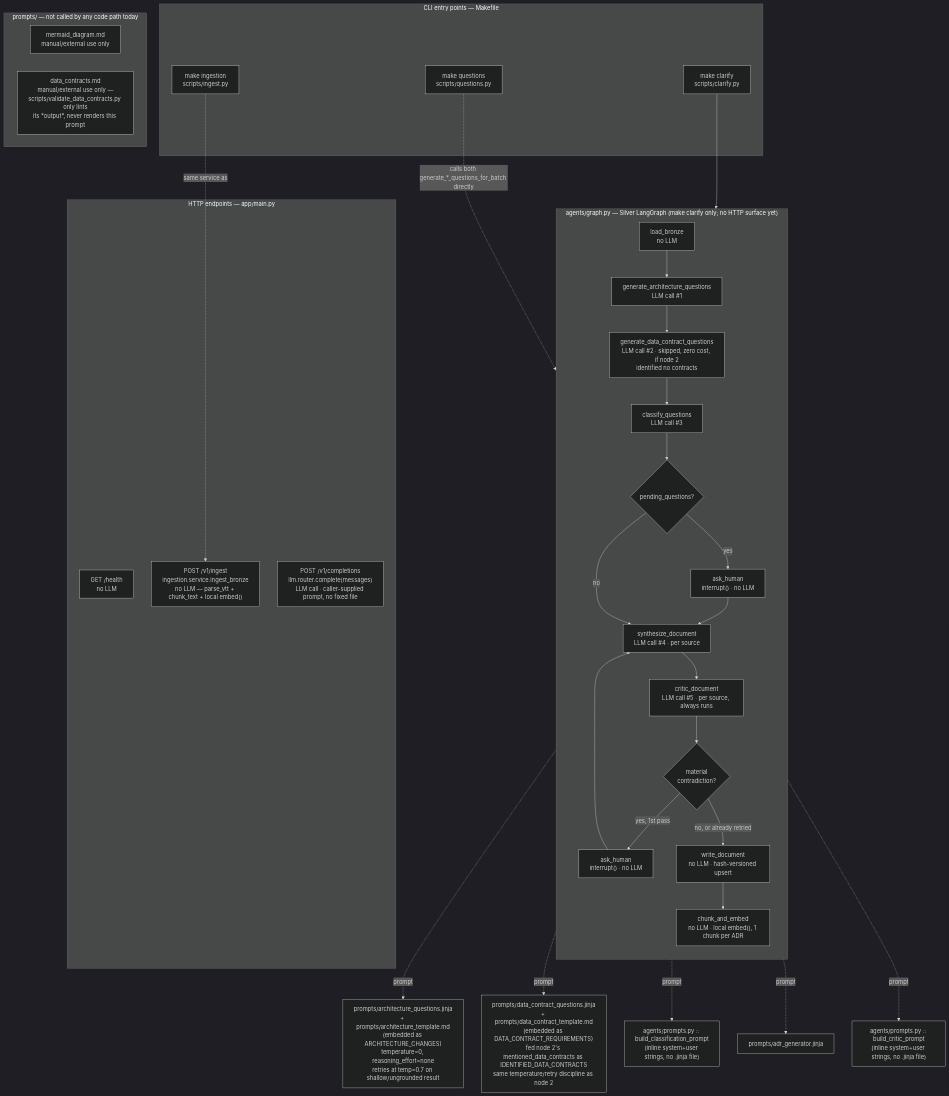
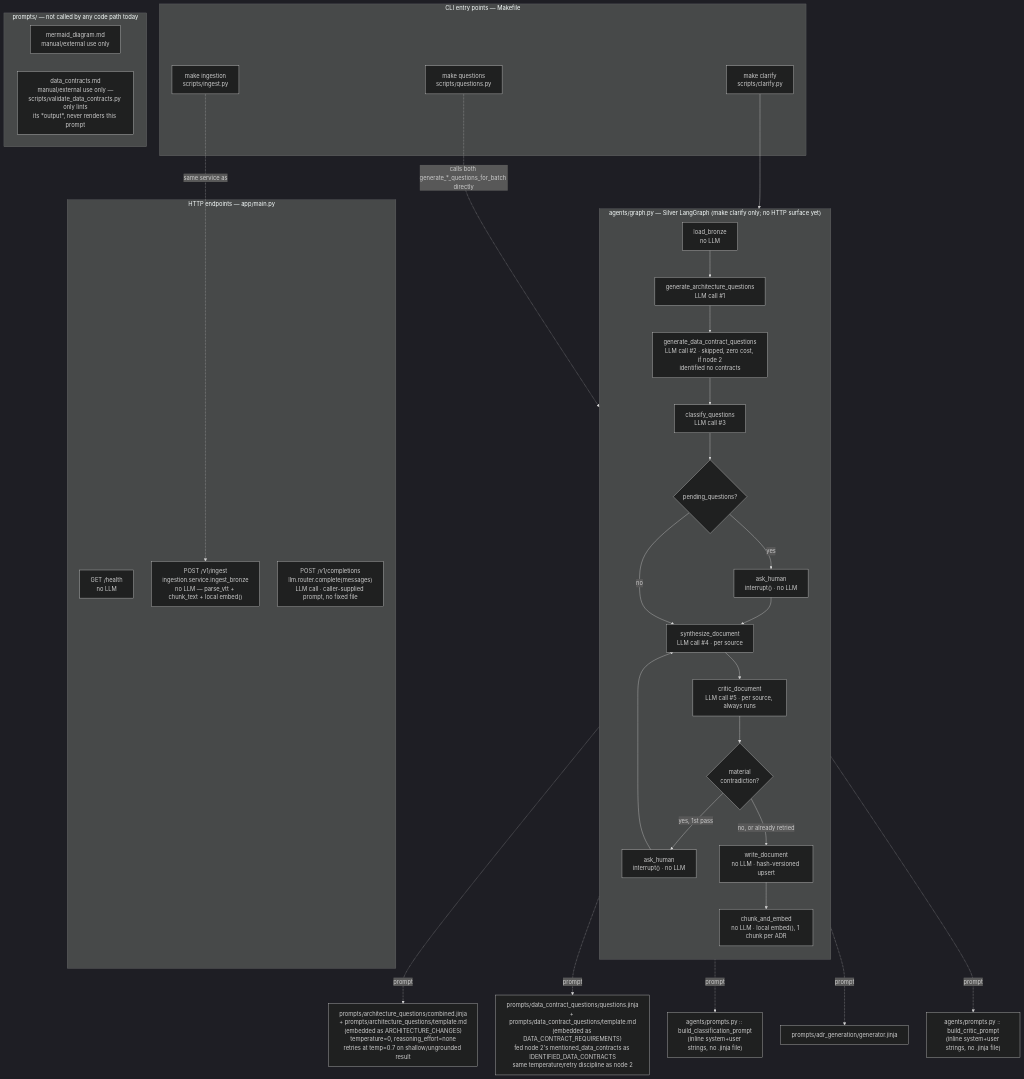
Before and after one commit to gvlpedro/technical_meeting_rag: the diagram in doc/agents_llm_flow.md, drawn with Mermaid (dark theme). The commit also changed 223 other files, not shown here.

````diff
--- a/doc/agents_llm_flow.md
+++ b/doc/agents_llm_flow.md
@@ -7,53 +7,53 @@
 ```mermaid
 flowchart TD
     subgraph EP["HTTP endpoints — app/main.py"]
         H1["GET /health<br/>no LLM"]
         H2["POST /v1/ingest<br/>ingestion.service.ingest_bronze<br/>no LLM — parse_vtt + chunk_text + local embed()"]
         H3["POST /v1/completions<br/>llm.router.complete(messages)<br/>LLM call · caller-supplied prompt, no fixed file"]
     end
 
     subgraph CLI["CLI entry points — Makefile"]
         M1["make ingestion<br/>scripts/ingest.py"]
         M2["make questions<br/>scripts/questions.py"]
         M3["make clarify<br/>scripts/clarify.py"]
     end
 
     M1 -. same service as .-> H2
 
     subgraph GRAPH["agents/graph.py — Silver LangGraph (make clarify only; no HTTP surface yet)"]
         direction TB
         N1["load_bronze<br/>no LLM"]
         N2["generate_architecture_questions<br/>LLM call #1"]
         N2b["generate_data_contract_questions<br/>LLM call #2 · skipped, zero cost, if node 2\nidentified no contracts"]
         N3["classify_questions<br/>LLM call #3"]
         D1{"pending_questions?"}
         N4["ask_human<br/>interrupt() · no LLM"]
         N5["synthesize_document<br/>LLM call #4 · per source"]
         N6["critic_document<br/>LLM call #5 · per source, always runs"]
         D2{"material<br/>contradiction?"}
         N7["ask_human<br/>interrupt() · no LLM"]
         N8["write_document<br/>no LLM · hash-versioned upsert"]
         N9["chunk_and_embed<br/>no LLM · local embed(), 1 chunk per ADR"]
 
         N1 --> N2 --> N2b --> N3 --> D1
         D1 -->|yes| N4 --> N5
         D1 -->|no| N5
         N5 --> N6 --> D2
         D2 -->|yes, 1st pass| N7 --> N5
         D2 -->|no, or already retried| N8 --> N9
     end
 
     M2 -. calls both generate_*_questions_for_batch directly .-> N2
     M3 --> N1
 
-    N2 -. prompt .-> P1["prompts/architecture_questions.jinja<br/>+ prompts/architecture_template.md<br/>(embedded as ARCHITECTURE_CHANGES)<br/>temperature=0, reasoning_effort=none<br/>retries at temp=0.7 on shallow/ungrounded result"]
-    N2b -. prompt .-> P1b["prompts/data_contract_questions.jinja<br/>+ prompts/data_contract_template.md<br/>(embedded as DATA_CONTRACT_REQUIREMENTS)<br/>fed node 2's mentioned_data_contracts as IDENTIFIED_DATA_CONTRACTS<br/>same temperature/retry discipline as node 2"]
+    N2 -. prompt .-> P1["prompts/architecture_questions/combined.jinja<br/>+ prompts/architecture_questions/template.md<br/>(embedded as ARCHITECTURE_CHANGES)<br/>temperature=0, reasoning_effort=none<br/>retries at temp=0.7 on shallow/ungrounded result"]
+    N2b -. prompt .-> P1b["prompts/data_contract_questions/questions.jinja<br/>+ prompts/data_contract_questions/template.md<br/>(embedded as DATA_CONTRACT_REQUIREMENTS)<br/>fed node 2's mentioned_data_contracts as IDENTIFIED_DATA_CONTRACTS<br/>same temperature/retry discipline as node 2"]
     N3 -. prompt .-> P2["agents/prompts.py :: build_classification_prompt<br/>(inline system+user strings, no .jinja file)"]
-    N5 -. prompt .-> P3["prompts/adr_generator.jinja"]
+    N5 -. prompt .-> P3["prompts/adr_generation/generator.jinja"]
     N6 -. prompt .-> P4["agents/prompts.py :: build_critic_prompt<br/>(inline system+user strings, no .jinja file)"]
 
     subgraph UNUSED["prompts/ — not called by any code path today"]
         U1["mermaid_diagram.md<br/>manual/external use only"]
         U2["data_contracts.md<br/>manual/external use only —<br/>scripts/validate_data_contracts.py only lints<br/>its *output*, never renders this prompt"]
     end
 ```
````
